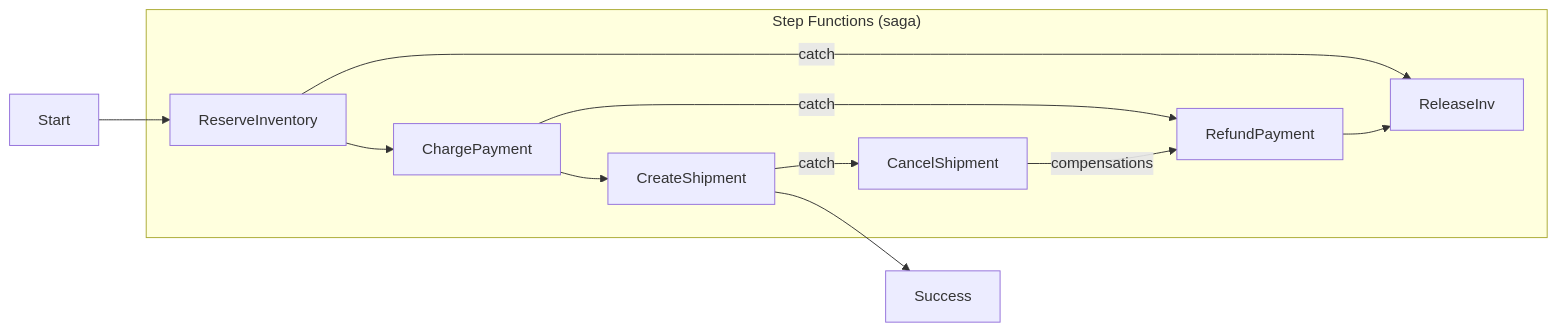
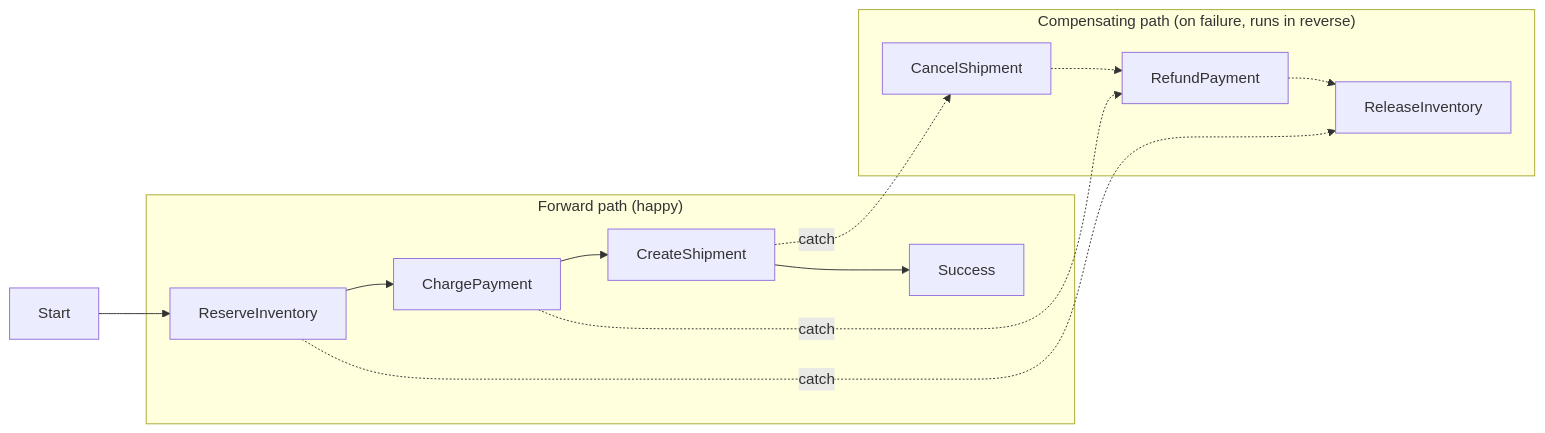
Before and after one commit to PaulSayantan/grokking-interview: the first of 3 diagrams in topics/system-design/aws-serverless-lambda-stepfunctions/concepts.md, drawn with Mermaid. The commit also changed other lines of this file and 61 other files, not shown here.

````diff
--- a/topics/system-design/aws-serverless-lambda-stepfunctions/concepts.md
+++ b/topics/system-design/aws-serverless-lambda-stepfunctions/concepts.md
@@ -283,14 +328,16 @@
 ```mermaid
 flowchart LR
     Start --> ReserveInventory
-    subgraph SF["Step Functions (saga)"]
+    subgraph FWD["Forward path (happy)"]
         ReserveInventory --> ChargePayment
         ChargePayment --> CreateShipment
-        ReserveInventory -->|catch| ReleaseInv
-        ChargePayment -->|catch| RefundPayment
-        CreateShipment -->|catch| CancelShipment
-        CancelShipment -->|compensations| RefundPayment
-        RefundPayment --> ReleaseInv
+        CreateShipment --> Success
     end
-    CreateShipment --> Success
+    subgraph COMP["Compensating path (on failure, runs in reverse)"]
+        CancelShipment -.-> RefundPayment
+        RefundPayment -.-> ReleaseInventory
+    end
+    CreateShipment -.->|catch| CancelShipment
+    ChargePayment -.->|catch| RefundPayment
+    ReserveInventory -.->|catch| ReleaseInventory
 ```
````
